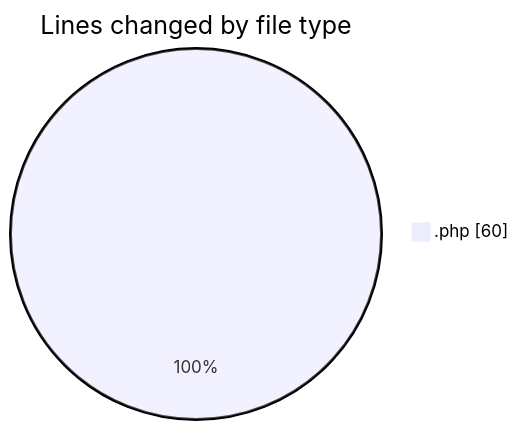
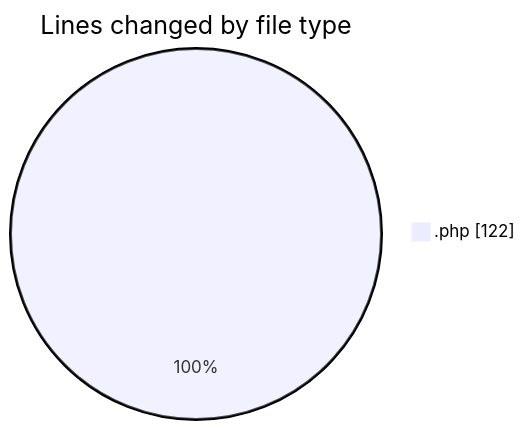
One commit to idhammustaqopulfikri/code-tracking changed the first of 2 diagrams in 2025-03-29/autodidak/README.md. Above: the diagram before and after it, drawn with Mermaid. The commit also changed other lines of this file and 1 other file, not shown here.

````diff
--- a/2025-03-29/autodidak/README.md
+++ b/2025-03-29/autodidak/README.md
@@ -20,5 +23,5 @@
 ```mermaid
 pie showData
 title Lines changed by file type
-".php" : 60
+".php" : 122
 ```
````
